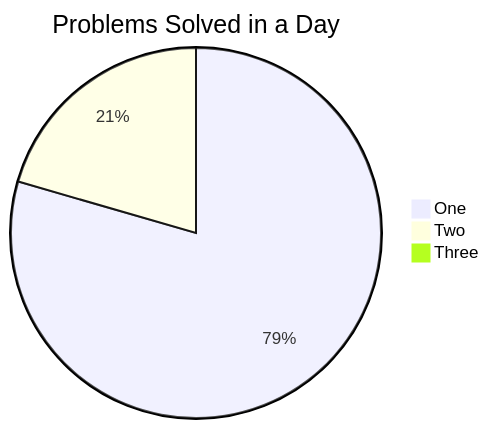
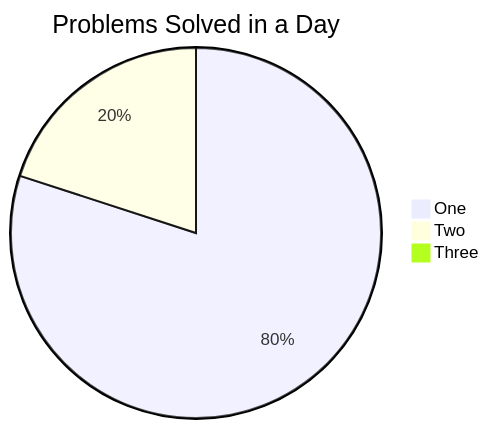
The second of 2 diagrams in readme.md (Jasjeet-Singh-S/100-days-DSA), drawn with Mermaid before and after one commit. The commit also changed other lines of this file and 1 other file, not shown here.

````diff
--- a/readme.md
+++ b/readme.md
@@ -25,6 +25,6 @@
 ```mermaid
 pie title Problems Solved in a Day
-    "One" : 31
+    "One" : 32
     "Two" : 8
     "Three" : 0
 ```
````
